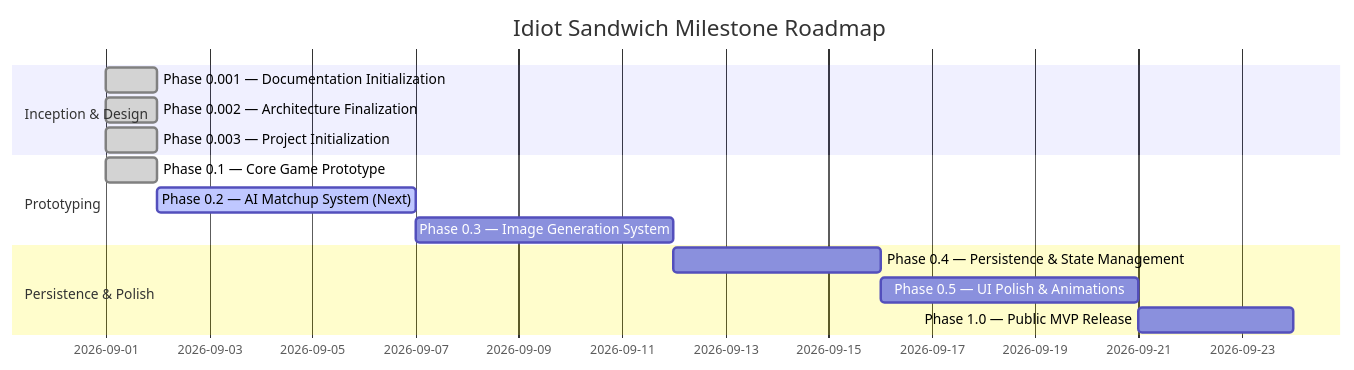
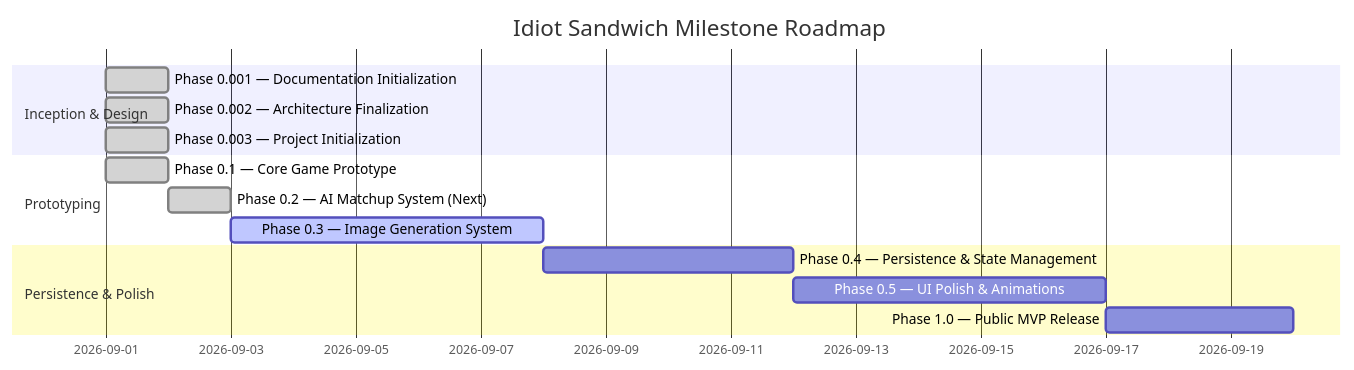
The diagram in docs/ROADMAP.md (Abhaynegi1/Idiot-Sandwich-), drawn with Mermaid before and after one commit. The commit also changed other lines of this file and 9 other files, not shown here.

Commit message:
feat(ai): complete phase 0.2 - integrate gemini semantic adjudication system

````diff
--- a/docs/ROADMAP.md
+++ b/docs/ROADMAP.md
@@ -9,17 +9,17 @@
 ```mermaid
 gantt
     title Idiot Sandwich Milestone Roadmap
     dateFormat  YYYY-MM
     section Inception & Design
     Phase 0.001 — Documentation Initialization           :done, p1, 2026-09, 1d
     Phase 0.002 — Architecture Finalization               :done, p2, 2026-09, 1d
     Phase 0.003 — Project Initialization                  :done, p3, 2026-09, 1d
     section Prototyping
     Phase 0.1   — Core Game Prototype                     :done, p4, 2026-09, 1d
-    Phase 0.2   — AI Matchup System (Next)                :active, p5, after p4, 5d
-    Phase 0.3   — Image Generation System                :p6, after p5, 5d
+    Phase 0.2   — AI Matchup System (Next)                :done, p5, after p4, 1d
+    Phase 0.3   — Image Generation System                 :active, p6, after p5, 5d
     section Persistence & Polish
     Phase 0.4   — Persistence & State Management         :p7, after p6, 4d
     Phase 0.5   — UI Polish & Animations                 :p8, after p7, 5d
     Phase 1.0   — Public MVP Release                     :p9, after p8, 3d
 ```
````
